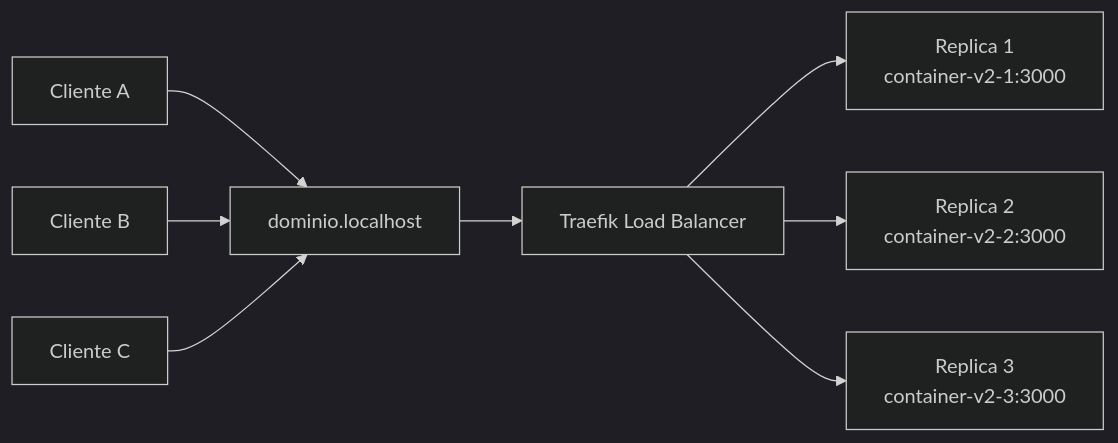
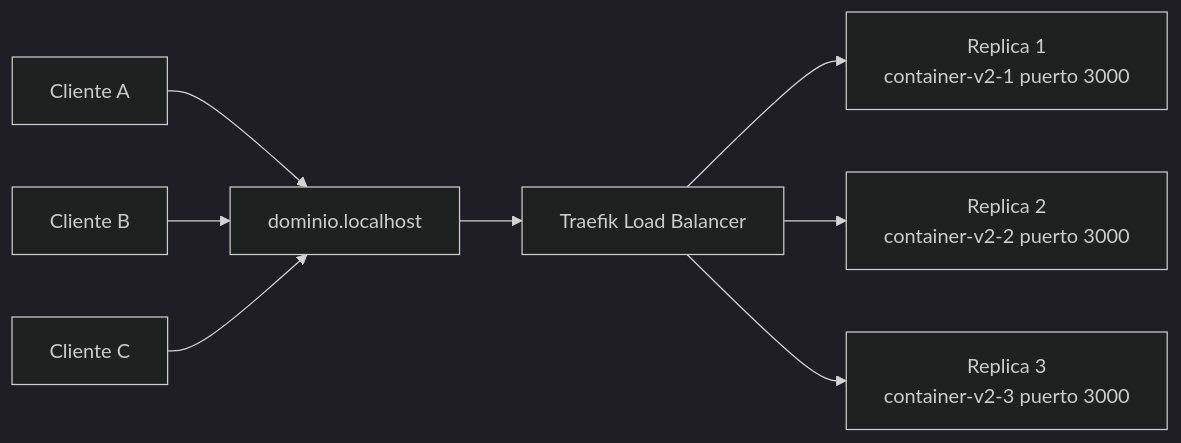
Before and after one commit to HKevinH/deploy-website: the fourth of 9 diagrams in docs/DIAGRAMAS.md, drawn with Mermaid (dark theme). The commit also changed other lines of this file and 1 other file, not shown here.

Commit message:
feat: update system diagrams to clarify replica ports and improve terminology

````diff
--- a/docs/DIAGRAMAS.md
+++ b/docs/DIAGRAMAS.md
@@ -76,12 +76,12 @@
 ```mermaid
 flowchart LR
   Client1[Cliente A] --> Domain[dominio.localhost]
   Client2[Cliente B] --> Domain
   Client3[Cliente C] --> Domain
 
   Domain --> Traefik[Traefik Load Balancer]
 
-  Traefik --> R1[Replica 1<br/>container-v2-1:3000]
-  Traefik --> R2[Replica 2<br/>container-v2-2:3000]
-  Traefik --> R3[Replica 3<br/>container-v2-3:3000]
+  Traefik --> R1["Replica 1<br/>container-v2-1 puerto 3000"]
+  Traefik --> R2["Replica 2<br/>container-v2-2 puerto 3000"]
+  Traefik --> R3["Replica 3<br/>container-v2-3 puerto 3000"]
 ```
````
